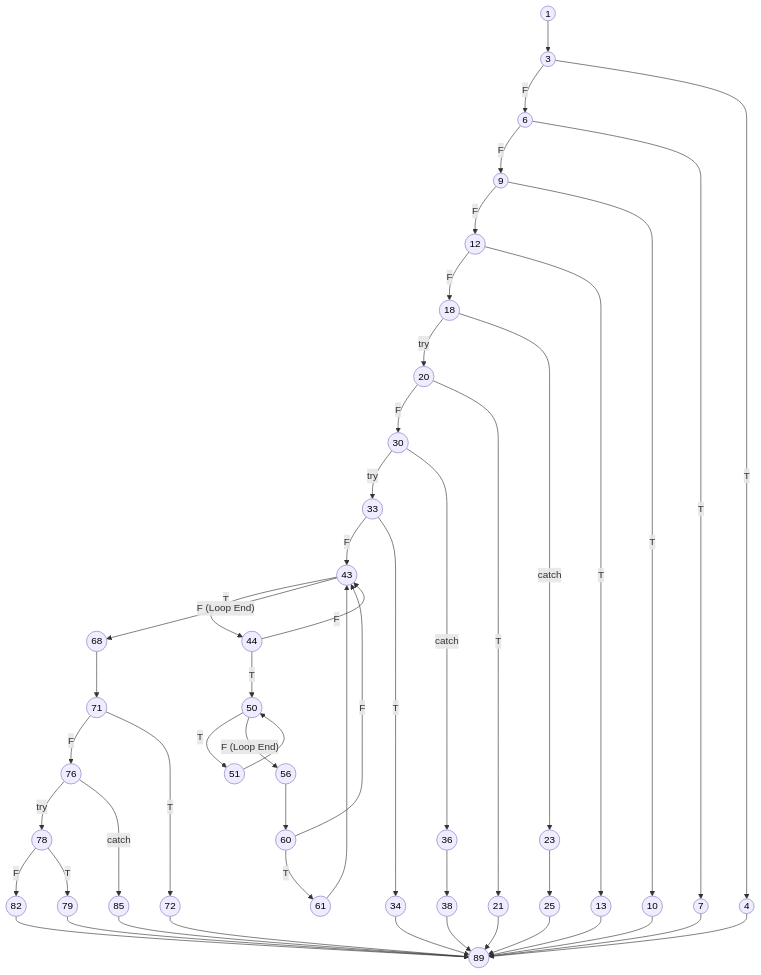
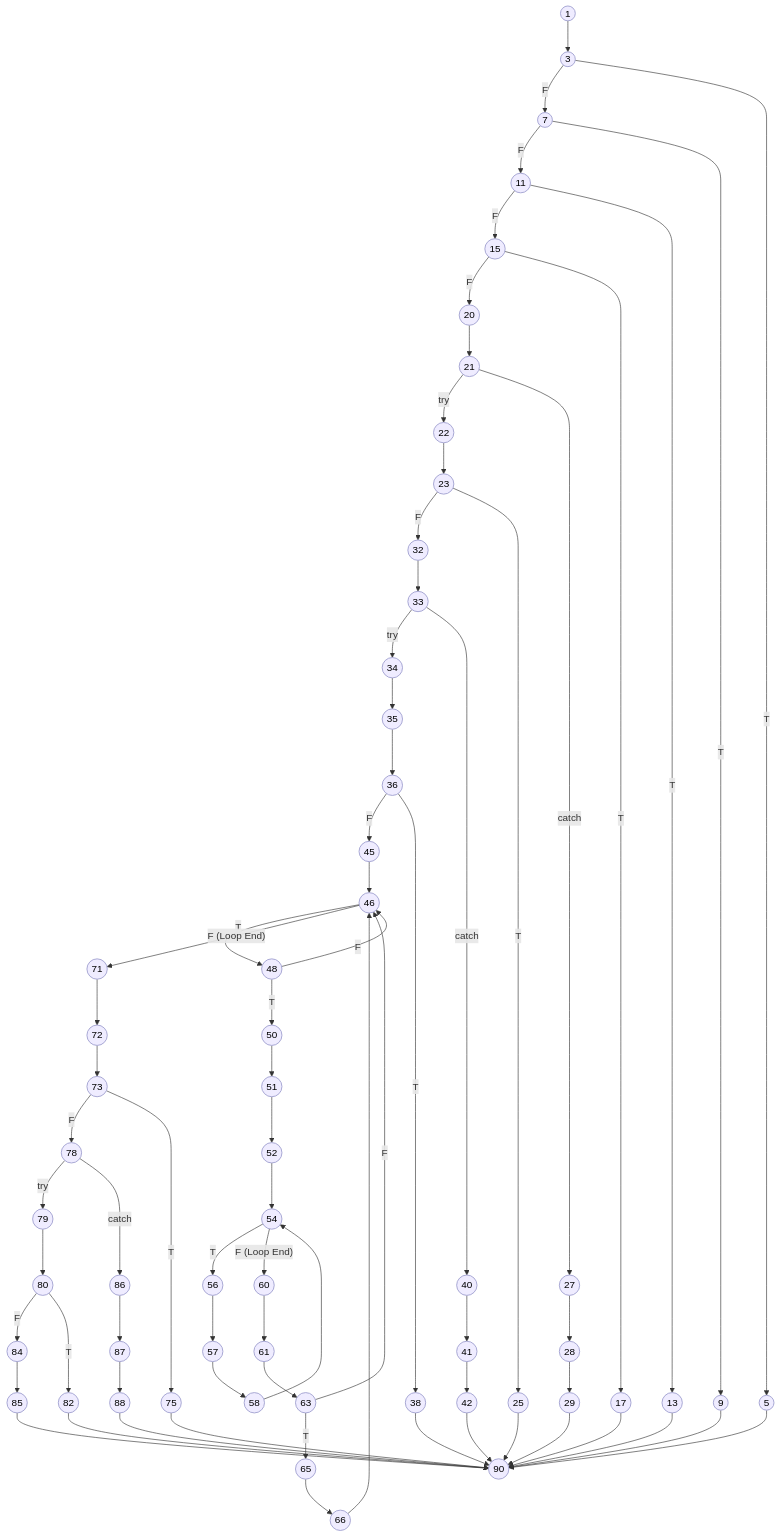
One commit to aryanhrc3428/Semester-5 changed the diagram in SE/ideathon/pseudocode/flowcharts/UC-02.mmd. Above: the diagram before and after it, drawn with Mermaid. The commit also changed 48 other files, not shown here.

```diff
--- a/SE/ideathon/pseudocode/flowcharts/UC-02.mmd
+++ b/SE/ideathon/pseudocode/flowcharts/UC-02.mmd
@@ -1,75 +1,97 @@
 graph TD
     %% Base styling matching the reference CFG style
     classDef default fill:#efecff,stroke:#a3a3d1,stroke-width:1.5px,color:#000;
+    
     1((1)) --> 3((3))
-    3 -- F --> 6((6))
-    3 -- T --> 4((4))
     
-    6 -- F --> 9((9))
-    6 -- T --> 7((7))
+    3 -- F --> 7((7))
+    3 -- T --> 5((5))
     
-    9 -- F --> 12((12))
-    9 -- T --> 10((10))
+    7 -- F --> 11((11))
+    7 -- T --> 9((9))
     
-    12 -- F --> 18((18))
-    12 -- T --> 13((13))
+    11 -- F --> 15((15))
+    11 -- T --> 13((13))
     
-    18 -- try --> 20((20))
-    18 -- catch --> 23((23))
+    15 -- F --> 20((20))
+    20 --> 21((21))
+    15 -- T --> 17((17))
     
-    20 -- F --> 30((30))
-    20 -- T --> 21((21))
+    21 -- try --> 22((22))
+    22 --> 23((23))
+    21 -- catch --> 27((27))
     
-    23 --> 25((25))
+    23 -- F --> 32((32))
+    32 --> 33((33))
+    23 -- T --> 25((25))
     
-    30 -- try --> 33((33))
-    30 -- catch --> 36((36))
+    27 --> 28((28))
+    28 --> 29((29))
     
-    33 -- F --> 43((43))
-    33 -- T --> 34((34))
+    33 -- try --> 34((34))
+    34 --> 35((35))
+    35 --> 36((36))
+    33 -- catch --> 40((40))
     
-    36 --> 38((38))
+    36 -- F --> 45((45))
+    45 --> 46((46))
+    36 -- T --> 38((38))
     
-    43 -- T --> 44((44))
-    43 -- F (Loop End) --> 68((68))
+    40 --> 41((41))
+    41 --> 42((42))
     
-    44 -- T --> 50((50))
-    44 -- F --> 43
+    46 -- T --> 48((48))
+    46 -- F (Loop End) --> 71((71))
     
-    50 -- T --> 51((51))
-    50 -- F (Loop End) --> 56((56))
+    48 -- T --> 50((50))
+    50 --> 51((51))
+    51 --> 52((52))
+    52 --> 54((54))
+    48 -- F --> 46
     
-    51 --> 50
+    54 -- T --> 56((56))
+    54 -- F (Loop End) --> 60((60))
     
-    56 --> 60((60))
+    56 --> 57((57))
+    57 --> 58((58))
+    58 --> 54
     
-    60 -- T --> 61((61))
-    60 -- F --> 43
+    60 --> 61((61))
+    61 --> 63((63))
     
-    61 --> 43
+    63 -- T --> 65((65))
+    65 --> 66((66))
+    63 -- F --> 46
     
-    68 --> 71((71))
+    66 --> 46
     
-    71 -- F --> 76((76))
-    71 -- T --> 72((72))
+    71 --> 72((72))
+    72 --> 73((73))
     
-    76 -- try --> 78((78))
-    76 -- catch --> 85((85))
+    73 -- F --> 78((78))
+    73 -- T --> 75((75))
     
-    78 -- F --> 82((82))
-    78 -- T --> 79((79))
+    78 -- try --> 79((79))
+    79 --> 80((80))
+    78 -- catch --> 86((86))
     
-    82 --> 89((89))
+    80 -- F --> 84((84))
+    80 -- T --> 82((82))
     
-    %% Terminal error returns and catches syncing to the final end node
-    4 --> 89
-    7 --> 89
-    10 --> 89
-    13 --> 89
-    21 --> 89
-    25 --> 89
-    34 --> 89
-    38 --> 89
-    72 --> 89
-    79 --> 89
-    85 --> 89
+    84 --> 85((85))
+    86 --> 87((87))
+    87 --> 88((88))
+    
+    
+    5 --> 90((90))
+    9 --> 90
+    13 --> 90
+    17 --> 90
+    25 --> 90
+    29 --> 90
+    38 --> 90
+    42 --> 90
+    75 --> 90
+    82 --> 90
+    85 --> 90
+    88 --> 90
```
